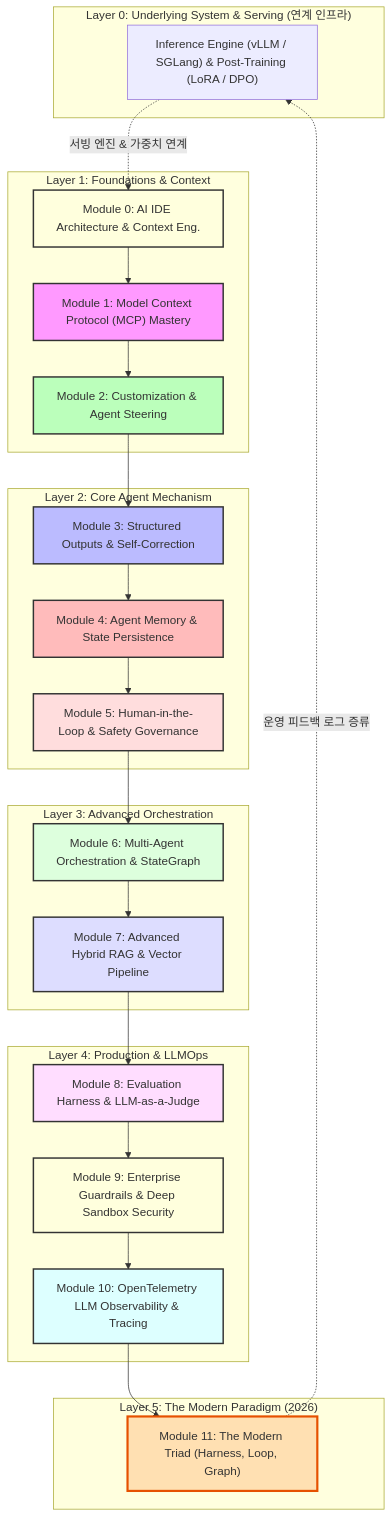
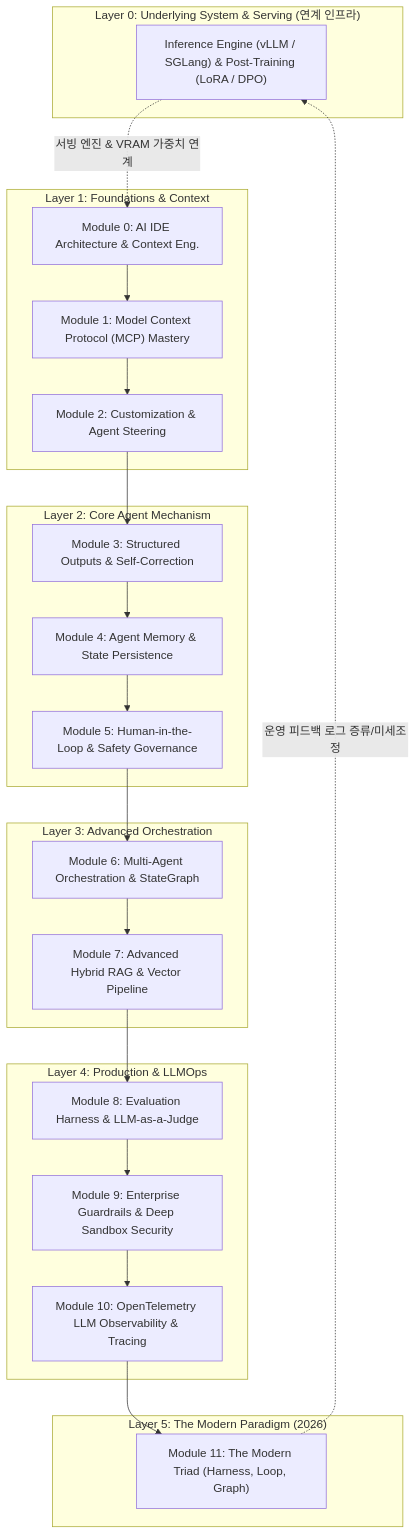
Before and after one commit to eooiea/AI-Engineering: the diagram in curriculum.md, drawn with Mermaid. The commit also changed other lines of this file and 2 other files, not shown here.

````diff
--- a/curriculum.md
+++ b/curriculum.md
@@ -14,51 +36,37 @@
 ```mermaid
 graph TD
     subgraph "Layer 0: Underlying System & Serving (연계 인프라)"
         L0["Inference Engine (vLLM / SGLang) & Post-Training (LoRA / DPO)"]
     end
 
     subgraph "Layer 1: Foundations & Context"
         M0["Module 0: AI IDE Architecture & Context Eng."]
         M1["Module 1: Model Context Protocol (MCP) Mastery"]
         M2["Module 2: Customization & Agent Steering"]
     end
     
     subgraph "Layer 2: Core Agent Mechanism"
         M3["Module 3: Structured Outputs & Self-Correction"]
         M4["Module 4: Agent Memory & State Persistence"]
         M5["Module 5: Human-in-the-Loop & Safety Governance"]
     end
     
     subgraph "Layer 3: Advanced Orchestration"
         M6["Module 6: Multi-Agent Orchestration & StateGraph"]
         M7["Module 7: Advanced Hybrid RAG & Vector Pipeline"]
     end
     
     subgraph "Layer 4: Production & LLMOps"
         M8["Module 8: Evaluation Harness & LLM-as-a-Judge"]
         M9["Module 9: Enterprise Guardrails & Deep Sandbox Security"]
         M10["Module 10: OpenTelemetry LLM Observability & Tracing"]
     end
 
     subgraph "Layer 5: The Modern Paradigm (2026)"
         M11["Module 11: The Modern Triad (Harness, Loop, Graph)"]
     end
 
-    L0 -.->|서빙 엔진 & 가중치 연계| M0
+    L0 -.->|서빙 엔진 & VRAM 가중치 연계| M0
     M0 --> M1 --> M2 --> M3 --> M4 --> M5 --> M6 --> M7 --> M8 --> M9 --> M10 --> M11
-    M11 -.->|운영 피드백 로그 증류| L0
-
-    
-    style M0 fill:#ffd,stroke:#333,stroke-width:2px
-    style M1 fill:#f9f,stroke:#333,stroke-width:2px
-    style M2 fill:#bfb,stroke:#333,stroke-width:2px
-    style M3 fill:#bbf,stroke:#333,stroke-width:2px
-    style M4 fill:#fbb,stroke:#333,stroke-width:2px
-    style M5 fill:#fdd,stroke:#333,stroke-width:2px
-    style M6 fill:#dfd,stroke:#333,stroke-width:2px
-    style M7 fill:#ddf,stroke:#333,stroke-width:2px
-    style M8 fill:#fdf,stroke:#333,stroke-width:2px
-    style M9 fill:#ffd,stroke:#333,stroke-width:2px
-    style M10 fill:#dff,stroke:#333,stroke-width:2px
-    style M11 fill:#ffe0b2,stroke:#e65100,stroke-width:3px
+    M11 -.->|운영 피드백 로그 증류/미세조정| L0
 ```
````
